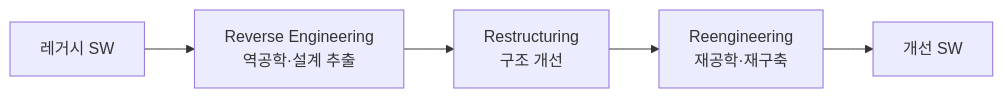
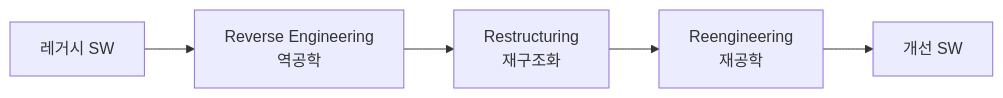
One commit to coninggu/wjdqhrhksflrltnftk changed the first of 2 diagrams in content/software-3r.md. Above: the diagram before and after it, drawn with Mermaid. The commit also changed other lines of this file and 19 other files, not shown here.

````diff
--- a/content/software-3r.md
+++ b/content/software-3r.md
@@ -13,7 +14,7 @@
 ```mermaid
 flowchart LR
-  L[레거시 SW] --> RE[Reverse Engineering<br/>역공학·설계 추출]
-  RE --> RS[Restructuring<br/>구조 개선]
-  RS --> RN[Reengineering<br/>재공학·재구축]
+  L[레거시 SW] --> RE[Reverse Engineering<br/>역공학]
+  RE --> RS[Restructuring<br/>재구조화]
+  RS --> RN[Reengineering<br/>재공학]
   RN --> N[개선 SW]
 ```
````
